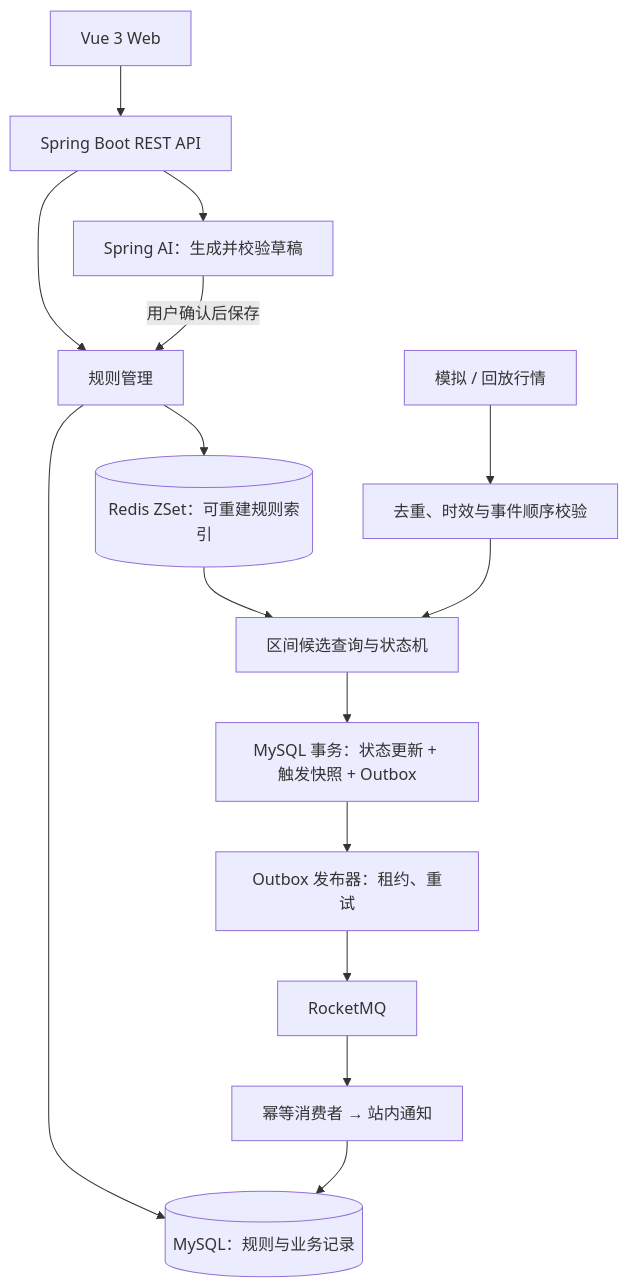
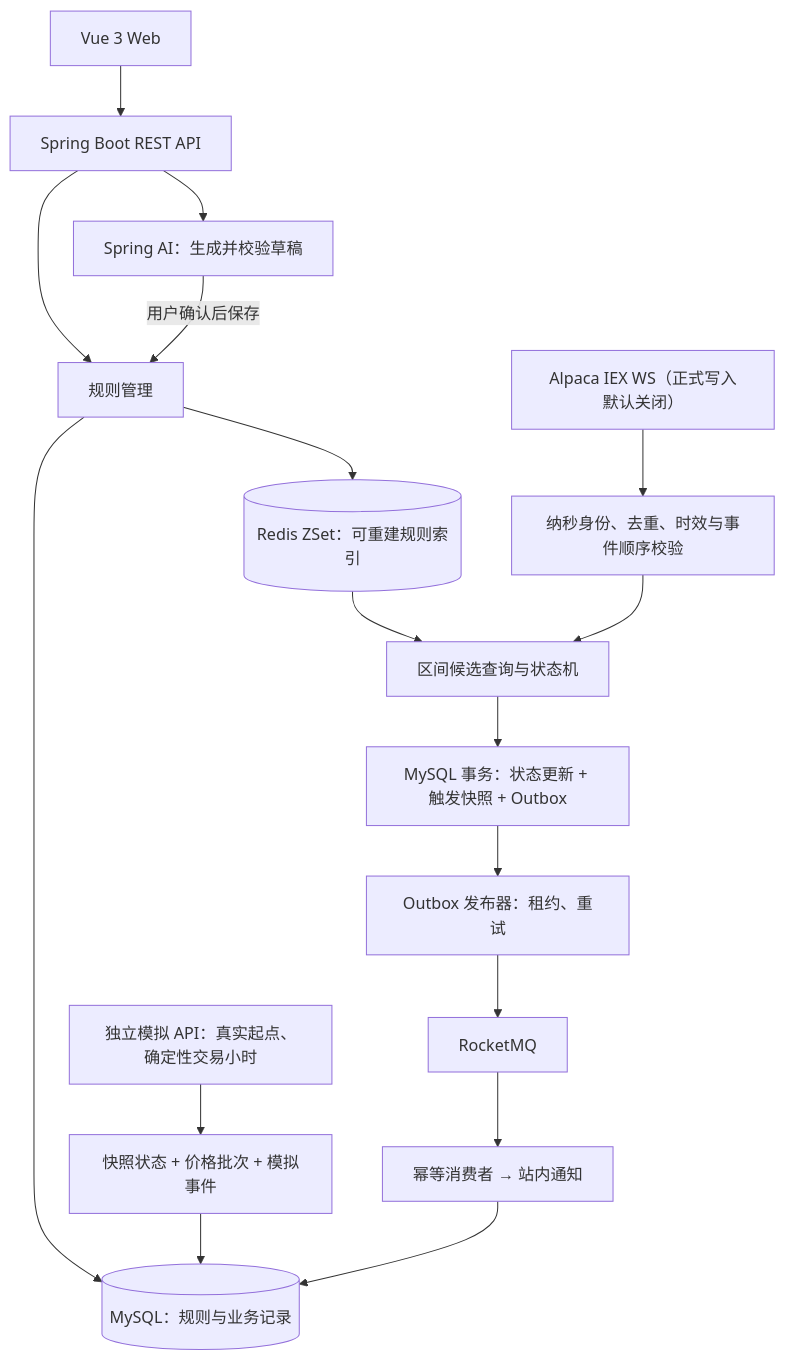
Before and after one commit to originalEzra/PricePulse: the diagram in README.md, drawn with Mermaid. The commit also changed other lines of this file and 164 other files, not shown here.

````diff
--- a/README.md
+++ b/README.md
@@ -47,18 +51,20 @@
 ```mermaid
 flowchart TD
     UI["Vue 3 Web"] --> API["Spring Boot REST API"]
     API --> RULE["规则管理"]
     API --> AI["Spring AI：生成并校验草稿"]
     AI -->|"用户确认后保存"| RULE
     RULE --> DB[("MySQL：规则与业务记录")]
     RULE --> INDEX[("Redis ZSet：可重建规则索引")]
 
-    FEED["模拟 / 回放行情"] --> CHECK["去重、时效与事件顺序校验"]
+    FEED["Alpaca IEX WS（正式写入默认关闭）"] --> CHECK["纳秒身份、去重、时效与事件顺序校验"]
     CHECK --> MATCH["区间候选查询与状态机"]
     INDEX --> MATCH
     MATCH --> TX["MySQL 事务：状态更新 + 触发快照 + Outbox"]
     TX --> PUB["Outbox 发布器：租约、重试"]
     PUB --> MQ["RocketMQ"]
     MQ --> NOTICE["幂等消费者 → 站内通知"]
     NOTICE --> DB
+    SIM["独立模拟 API：真实起点、确定性交易小时"] --> SIMTX["快照状态 + 价格批次 + 模拟事件"]
+    SIMTX --> DB
 ```
````
